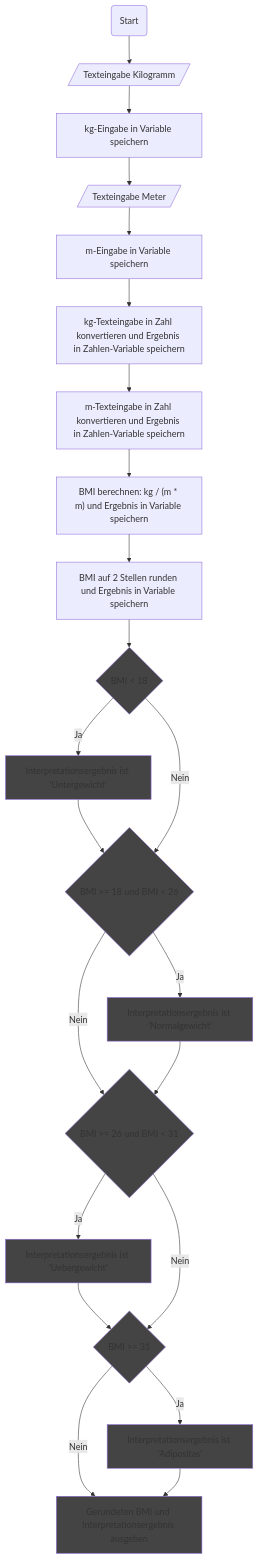
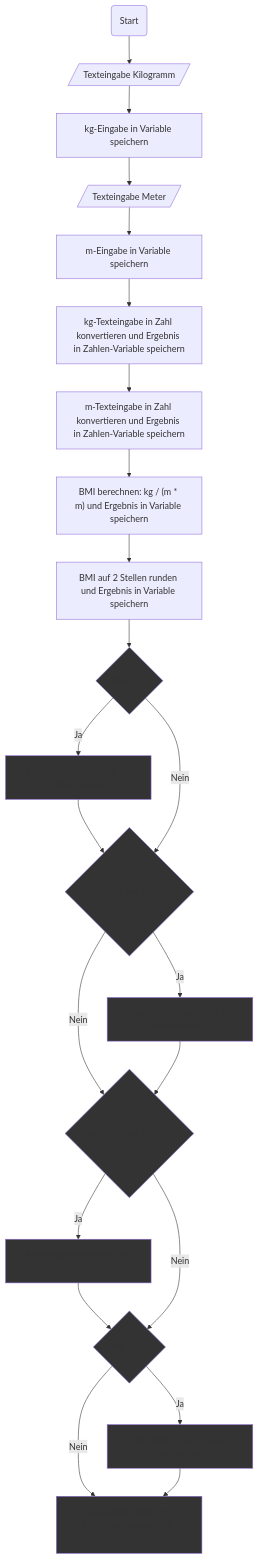
One commit to clander/voprogrammieren changed the second of 3 diagrams in BMI/README.md. Above: the diagram before and after it, drawn with Mermaid.

Commit message:
Fuer Script angepasst

````diff
--- a/BMI/README.md
+++ b/BMI/README.md
@@ -120,30 +120,30 @@
 ```mermaid
 flowchart TD
     A(Start) --> B[/Texteingabe Kilogramm/]
     B --> C[kg-Eingabe in Variable speichern]
     C --> D[/Texteingabe Meter/]
     D --> E[m-Eingabe in Variable speichern]
     E --> F[kg-Texteingabe in Zahl konvertieren und Ergebnis in Zahlen-Variable speichern]
     F --> G[m-Texteingabe in Zahl konvertieren und Ergebnis in Zahlen-Variable speichern]
     G --> H["BMI berechnen: kg / (m * m)" und Ergebnis in Variable speichern]
     H --> I[BMI auf 2 Stellen runden und Ergebnis in Variable speichern]
 
     I --> J{BMI < 18}
     J:::neu -- Ja --> K[Interpretationsergebnis ist 'Untergewicht']:::neu
     K --> L:::neu
 
     J -- Nein --> L{BMI >= 18 und BMI < 26}
     L -- Ja --> M[Interpretationsergebnis ist 'Normalgewicht']:::neu
     L:::neu -- Nein --> N:::neu
     
     M --> N{BMI >= 26 und BMI < 31}
     N -- Ja --> O[Interpretationsergebnis ist 'Uebergewicht']
     O:::neu --> P:::neu
     N -- Nein --> P{BMI >= 31}
 
     P -- Ja --> Q[Interpretationsergebnis ist 'Adipositas']:::neu
     P -- Nein --> R[Gerundeten BMI und Interpretationsergebnis ausgeben]
     Q --> R:::neu
 
-    classDef neu fill:#444
+    classDef neu fill:#333
 ```
````
